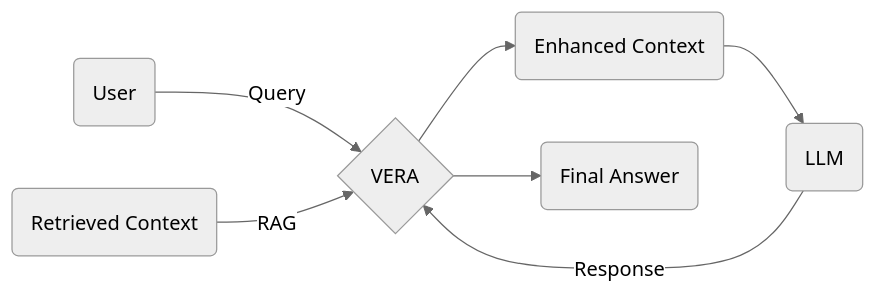
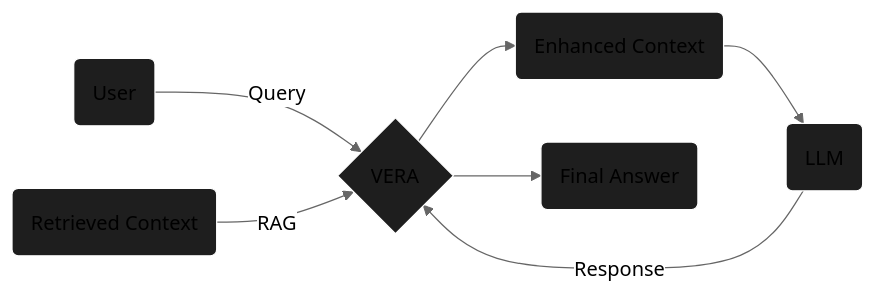
Before and after one commit to lpverneck/notes: the diagram in content/Machine Learning/vera-validation-enhancement-rag.md, drawn with Mermaid (neutral theme).

Commit message:
Add custom style to mermaid diagram

````diff
--- a/content/Machine Learning/vera-validation-enhancement-rag.md
+++ b/content/Machine Learning/vera-validation-enhancement-rag.md
@@ -20,9 +20,11 @@
 ```mermaid
 flowchart LR
 A(User) -->|Query| B{VERA}
 E(Retrieved Context) -->|RAG| B{VERA}
 B{VERA} --> F(Enhanced Context)
 F(Enhanced Context) --> G(LLM)
 G(LLM) --> |Response| B{VERA}
 B{VERA} --> C(Final Answer)
+
+classDef default fill:#1E1E1E,stroke:#FFFFFF;
 ```
````
